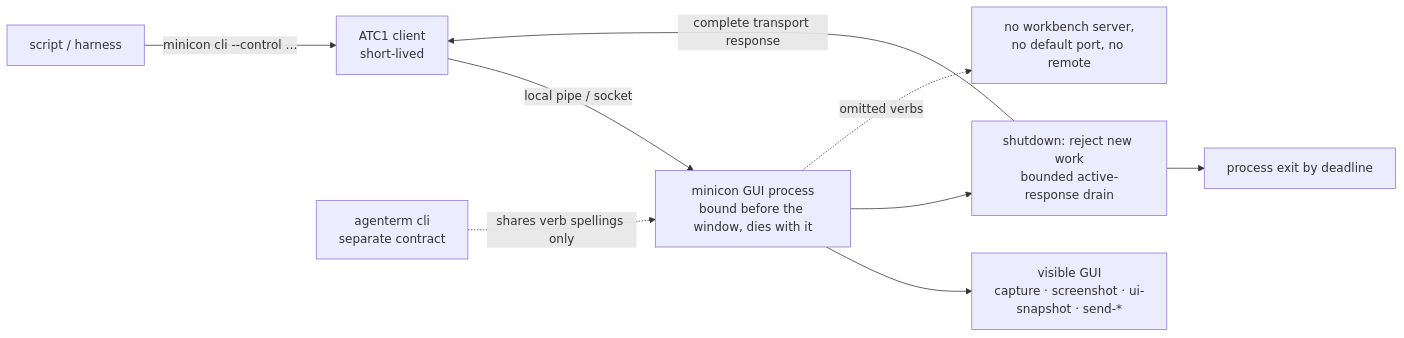
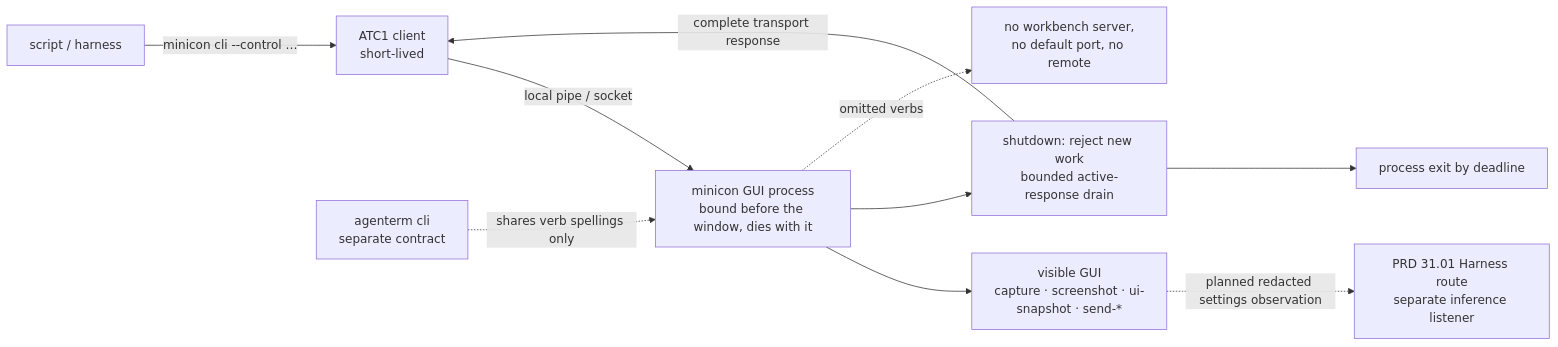
The diagram in prd/PRD_02_26_con_control_cli.md (partnernetsoftware/minicon), drawn with Mermaid before and after one commit. The commit also changed other lines of this file and 65 other files, not shown here.

````diff
--- a/prd/PRD_02_26_con_control_cli.md
+++ b/prd/PRD_02_26_con_control_cli.md
@@ -26,11 +27,12 @@
 ```mermaid
 flowchart LR
     S["script / harness"] -->|"minicon cli --control …"| C["ATC1 client<br/>short-lived"]
     C -->|local pipe / socket| H["minicon GUI process<br/>bound before the window, dies with it"]
     H --> V["visible GUI<br/>capture · screenshot · ui-snapshot · send-*"]
+    V -. planned redacted settings observation .-> G["PRD 31.01 Harness route<br/>separate inference listener"]
     H --> D["shutdown: reject new work<br/>bounded active-response drain"]
     D -->|"complete transport response"| C
     D --> E["process exit by deadline"]
     H -. omitted verbs .-> X["no workbench server,<br/>no default port, no remote"]
     AW["agenterm cli<br/>separate contract"] -. shares verb spellings only .-> H
 ```
````
